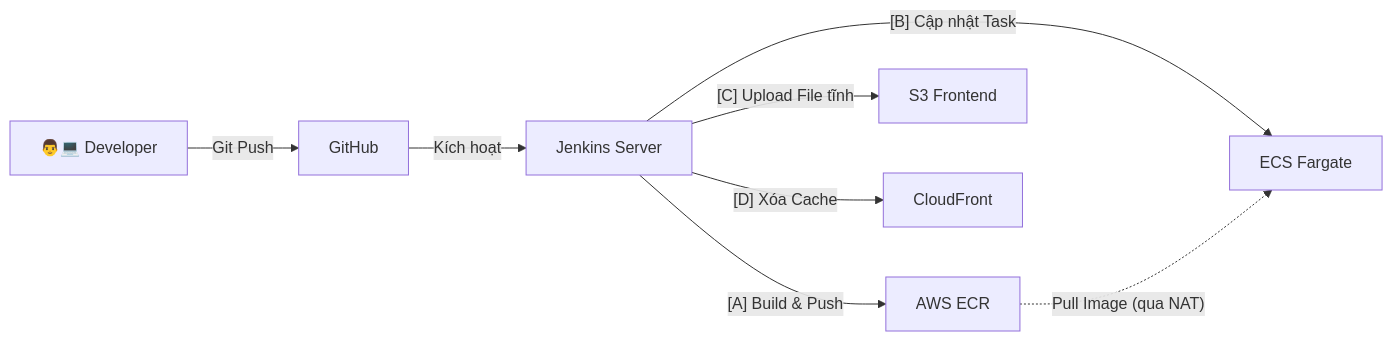
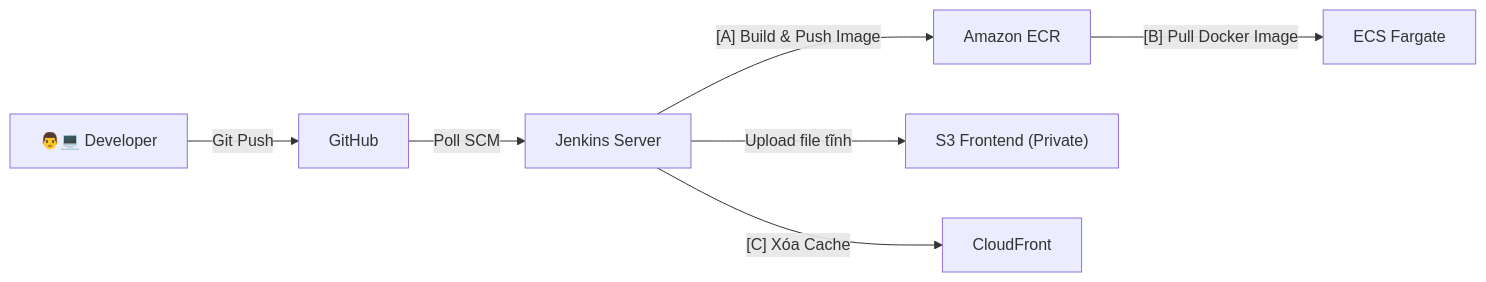
One commit to MinhTrung0707/fcj-hugo-report changed the second of 2 diagrams in content/2-Proposal/_index.vi.md. Above: the diagram before and after it, drawn with Mermaid. The commit also changed other lines of this file and 1 other file, not shown here.

````diff
--- a/content/2-Proposal/_index.vi.md
+++ b/content/2-Proposal/_index.vi.md
@@ -66,14 +82,13 @@
 ```mermaid
 flowchart LR
     Dev["👨💻 Developer"] -->|"Git Push"| GH["GitHub"]
-    GH -->|"Kích hoạt"| Jenkins["Jenkins Server"]
+    GH -->|"Poll SCM"| Jenkins["Jenkins Server"]
     
-    %% Backend Deployment
-    Jenkins -->|"[A] Build & Push"| ECR["AWS ECR"]
-    Jenkins -->|"[B] Cập nhật Task"| ECS["ECS Fargate"]
-    ECR -.->|"Pull Image (qua NAT)"| ECS
+    %% Backend Pipeline
+    Jenkins -->|"[A] Build & Push Image"| ECR["Amazon ECR"]
+    ECR -->|"[B] Pull Docker Image"| ECS["ECS Fargate"]
     
-    %% Frontend Deployment
-    Jenkins -->|"[C] Upload File tĩnh"| S3["S3 Frontend"]
-    Jenkins -->|"[D] Xóa Cache"| CF["CloudFront"]
+    %% Frontend Pipeline
+    Jenkins -->|"Upload file tĩnh"| S3["S3 Frontend (Private)"]
+    Jenkins -->|"[C] Xóa Cache"| CF["CloudFront"]
 ```
````
